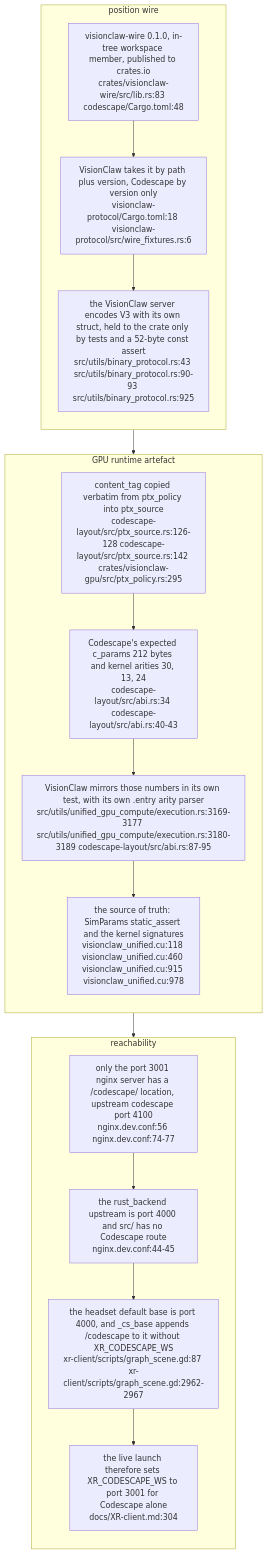
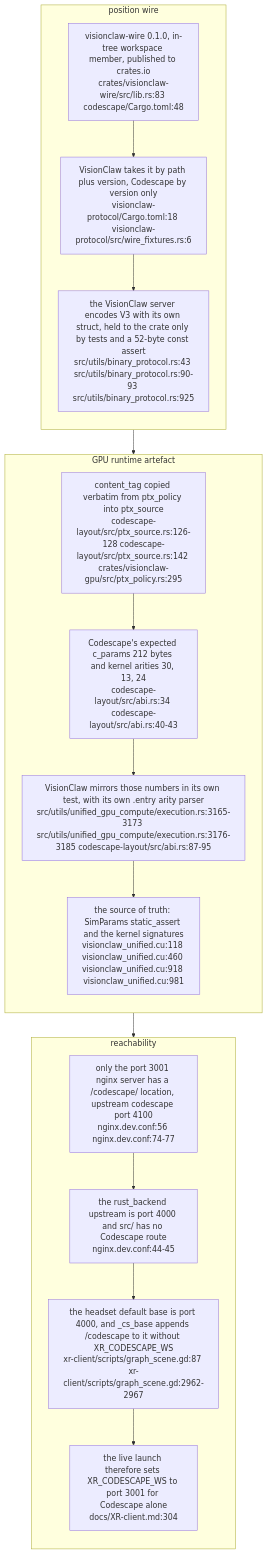
Before and after one commit to DreamLab-AI/VisionFlow: the eighth of 8 diagrams in docs/diagrams/visionclaw/39-codescape.md, drawn with Mermaid. The commit also changed other lines of this file and 81 other files, not shown here.

First line of the commit message:
docs(diagrams): roll VisionClaw topics to main 010e1109b (PR 37 and 38 merged); fix remaining prose citations

````diff
--- a/docs/diagrams/visionclaw/39-codescape.md
+++ b/docs/diagrams/visionclaw/39-codescape.md
@@ -403,27 +403,27 @@
 ```mermaid
 flowchart TB
     subgraph WIREG["position wire"]
         direction TB
         W1["visionclaw-wire 0.1.0, in-tree workspace member, published to crates.io<br/>crates/visionclaw-wire/src/lib.rs:83 codescape/Cargo.toml:48"]
         W2["VisionClaw takes it by path plus version, Codescape by version only<br/>visionclaw-protocol/Cargo.toml:18 visionclaw-protocol/src/wire_fixtures.rs:6"]
         W3["the VisionClaw server encodes V3 with its own struct, held to the crate only by tests and a 52-byte const assert<br/>src/utils/binary_protocol.rs:43 src/utils/binary_protocol.rs:90-93 src/utils/binary_protocol.rs:925"]
         W1 --> W2 --> W3
     end
     subgraph PTXG["GPU runtime artefact"]
         direction TB
         P1["content_tag copied verbatim from ptx_policy into ptx_source<br/>codescape-layout/src/ptx_source.rs:126-128 codescape-layout/src/ptx_source.rs:142 crates/visionclaw-gpu/src/ptx_policy.rs:295"]
         P2["Codescape's expected c_params 212 bytes and kernel arities 30, 13, 24<br/>codescape-layout/src/abi.rs:34 codescape-layout/src/abi.rs:40-43"]
-        P3["VisionClaw mirrors those numbers in its own test, with its own .entry arity parser<br/>src/utils/unified_gpu_compute/execution.rs:3169-3177 src/utils/unified_gpu_compute/execution.rs:3180-3189 codescape-layout/src/abi.rs:87-95"]
-        P4["the source of truth: SimParams static_assert and the kernel signatures<br/>visionclaw_unified.cu:118 visionclaw_unified.cu:460 visionclaw_unified.cu:915 visionclaw_unified.cu:978"]
+        P3["VisionClaw mirrors those numbers in its own test, with its own .entry arity parser<br/>src/utils/unified_gpu_compute/execution.rs:3165-3173 src/utils/unified_gpu_compute/execution.rs:3176-3185 codescape-layout/src/abi.rs:87-95"]
+        P4["the source of truth: SimParams static_assert and the kernel signatures<br/>visionclaw_unified.cu:118 visionclaw_unified.cu:460 visionclaw_unified.cu:918 visionclaw_unified.cu:981"]
         P1 --> P2 --> P3 --> P4
     end
     subgraph ROUTE["reachability"]
         direction TB
         R1["only the port 3001 nginx server has a /codescape/ location, upstream codescape port 4100<br/>nginx.dev.conf:56 nginx.dev.conf:74-77"]
         R2["the rust_backend upstream is port 4000 and src/ has no Codescape route<br/>nginx.dev.conf:44-45"]
         R3["the headset default base is port 4000, and _cs_base appends /codescape to it without XR_CODESCAPE_WS<br/>xr-client/scripts/graph_scene.gd:87 xr-client/scripts/graph_scene.gd:2962-2967"]
         R4["the live launch therefore sets XR_CODESCAPE_WS to port 3001 for Codescape alone<br/>docs/XR-client.md:304"]
         R1 --> R2 --> R3 --> R4
     end
     WIREG --> PTXG --> ROUTE
 ```
````
